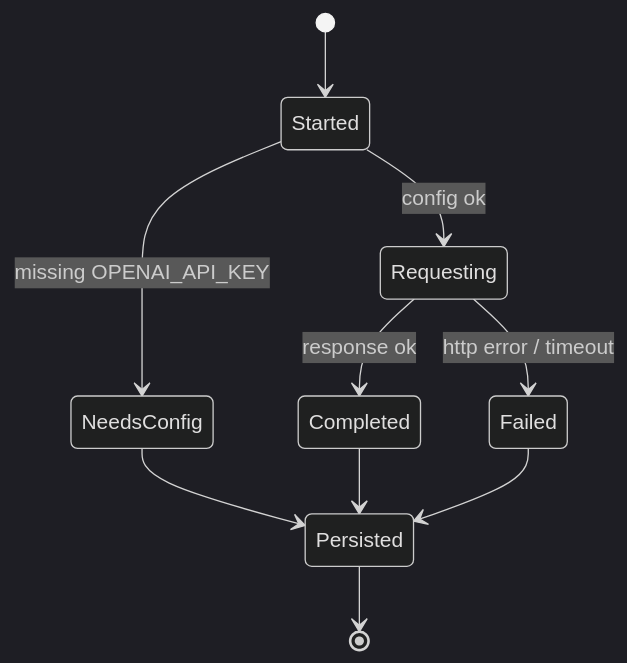
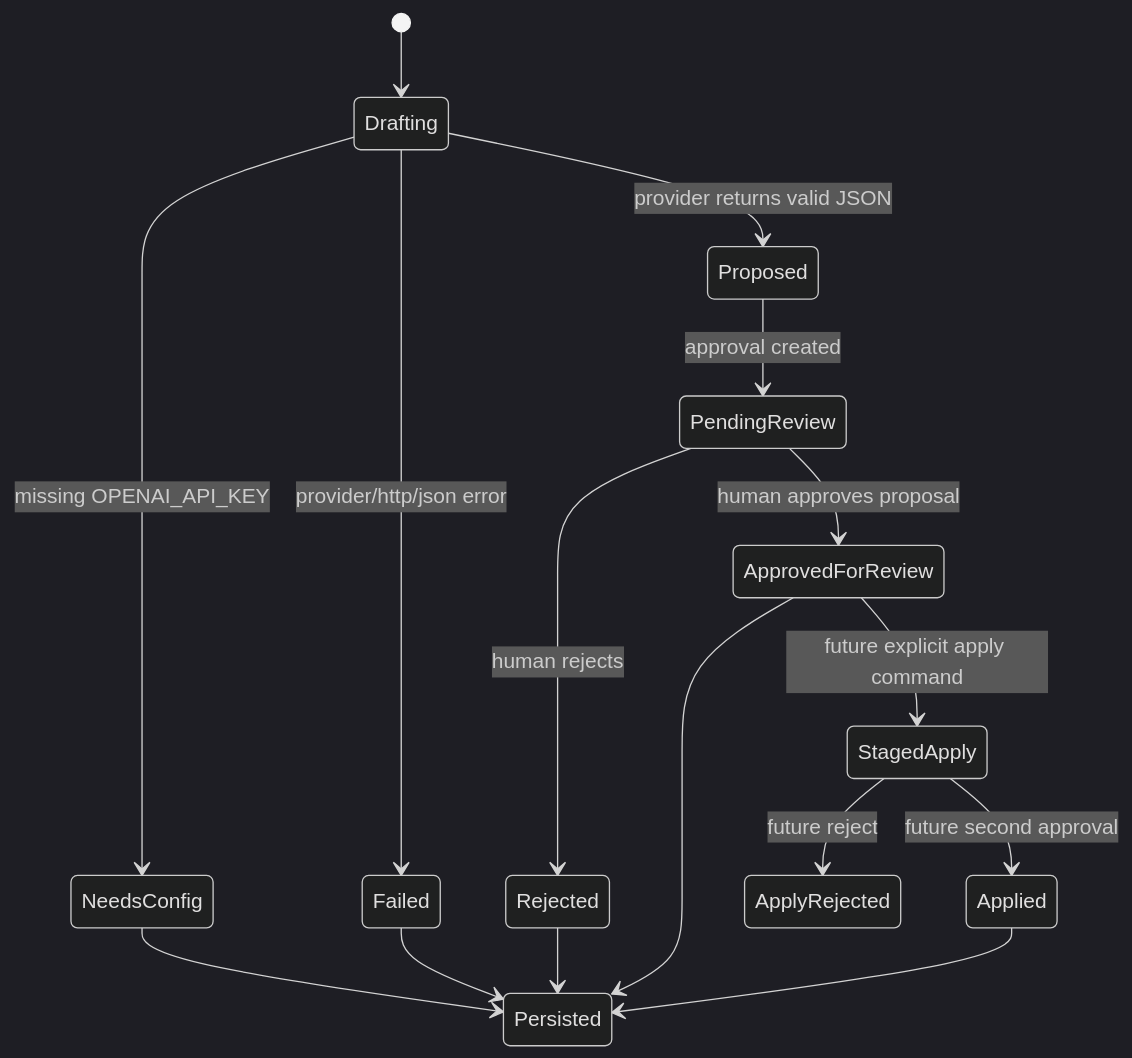
The sixth of 9 diagrams in docs/implementation-architecture.md (mayf3/myclaw), drawn with Mermaid (dark theme) before and after one commit. The commit also changed other lines of this file and 36 other files, not shown here.

Commit message:
feat: add agent config proposal smoke

````diff
--- a/docs/implementation-architecture.md
+++ b/docs/implementation-architecture.md
@@ -167,12 +179,18 @@
 ```mermaid
 stateDiagram-v2
-  [*] --> Started
-  Started --> NeedsConfig: missing OPENAI_API_KEY
-  Started --> Requesting: config ok
-  Requesting --> Completed: response ok
-  Requesting --> Failed: http error / timeout
+  [*] --> Drafting
+  Drafting --> NeedsConfig: missing OPENAI_API_KEY
+  Drafting --> Proposed: provider returns valid JSON
+  Drafting --> Failed: provider/http/json error
+  Proposed --> PendingReview: approval created
+  PendingReview --> Rejected: human rejects
+  PendingReview --> ApprovedForReview: human approves proposal
+  ApprovedForReview --> StagedApply: future explicit apply command
+  StagedApply --> Applied: future second approval
+  StagedApply --> ApplyRejected: future reject
   NeedsConfig --> Persisted
-  Completed --> Persisted
   Failed --> Persisted
-  Persisted --> [*]
+  Rejected --> Persisted
+  ApprovedForReview --> Persisted
+  Applied --> Persisted
 ```
````
